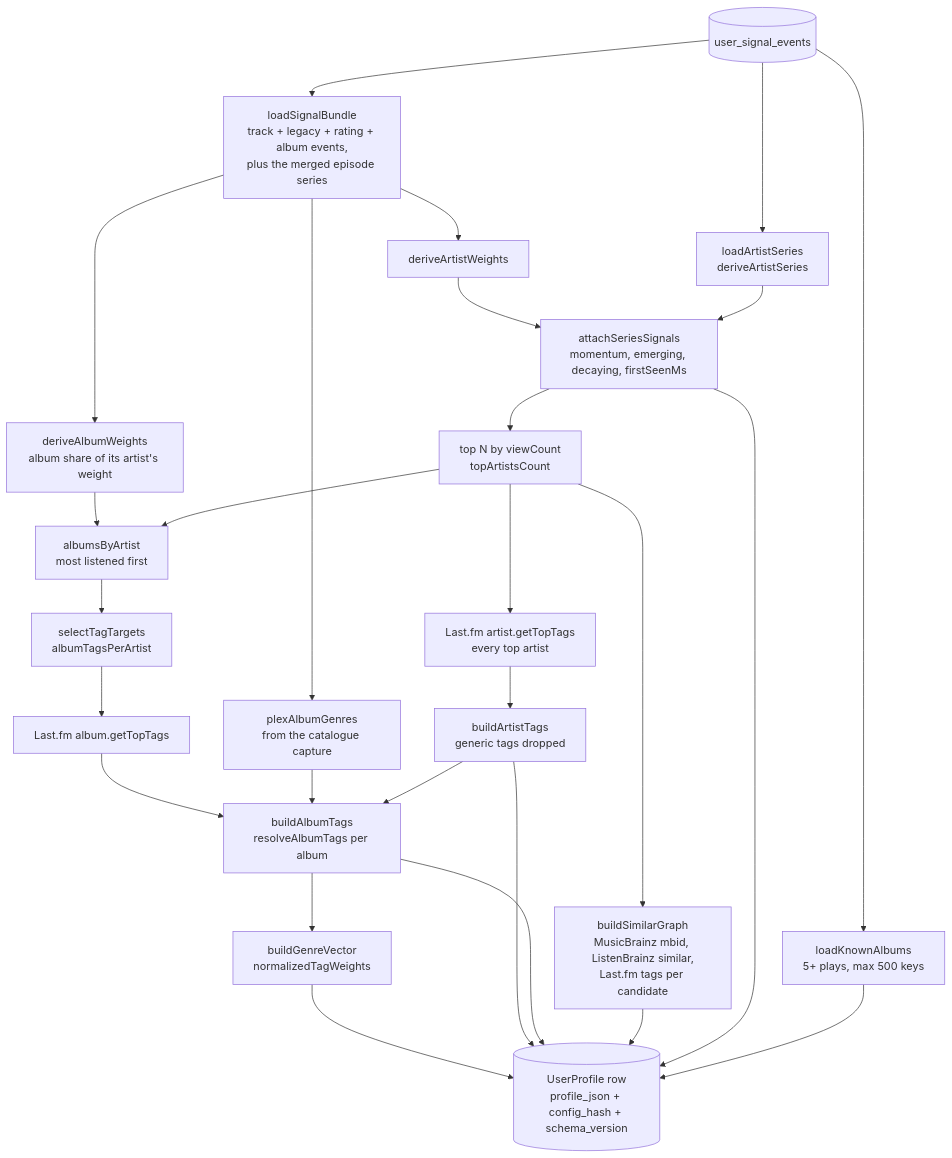
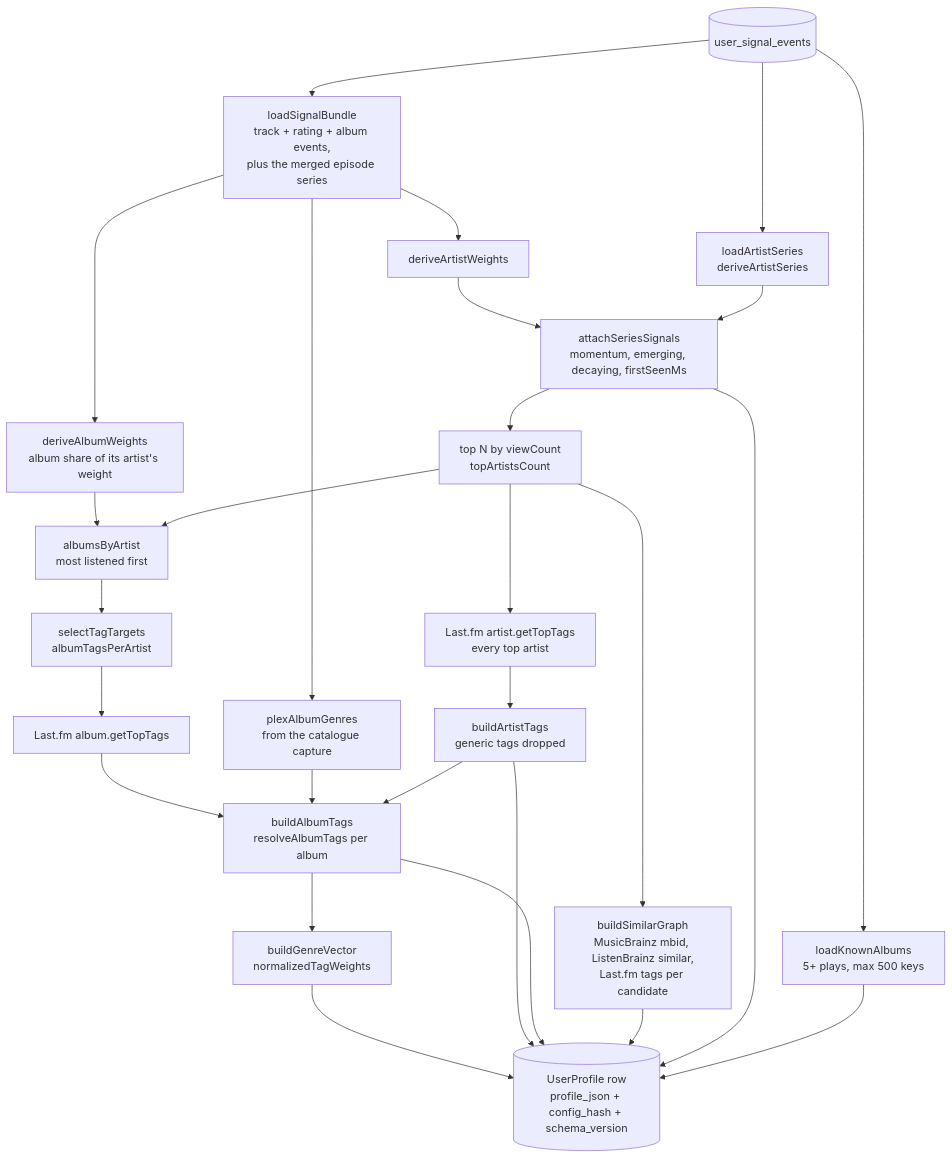
The first of 4 diagrams in docs/flows/profile-derivation.md (BlieNuckel/music-requester), drawn with Mermaid before and after one commit. The commit also changed 66 other files, not shown here.

First line of the commit message:
feat(recs): declare the recommender as a graph, and render the settings from it (#344)

````diff
--- a/docs/flows/profile-derivation.md
+++ b/docs/flows/profile-derivation.md
@@ -13,47 +13,47 @@
 ```mermaid
 flowchart TB
   ev[("user_signal_events")]
 
-  bundle["loadSignalBundle<br/>track + legacy + rating + album events,<br/>plus the merged episode series"]
+  bundle["loadSignalBundle<br/>track + rating + album events,<br/>plus the merged episode series"]
 
   weights["deriveArtistWeights"]
   series["loadArtistSeries<br/>deriveArtistSeries"]
   attach["attachSeriesSignals<br/>momentum, emerging, decaying, firstSeenMs"]
   top["top N by viewCount<br/>topArtistsCount"]
 
   lfArtist["Last.fm artist.getTopTags<br/>every top artist"]
   artistTags["buildArtistTags<br/>generic tags dropped"]
 
   albumW["deriveAlbumWeights<br/>album share of its artist's weight"]
   byArtist["albumsByArtist<br/>most listened first"]
   targets["selectTagTargets<br/>albumTagsPerArtist"]
   lfAlbum["Last.fm album.getTopTags"]
   plexGenres["plexAlbumGenres<br/>from the catalogue capture"]
   albumTags["buildAlbumTags<br/>resolveAlbumTags per album"]
   vector["buildGenreVector<br/>normalizedTagWeights"]
 
   simgraph["buildSimilarGraph<br/>MusicBrainz mbid, ListenBrainz similar,<br/>Last.fm tags per candidate"]
   known["loadKnownAlbums<br/>5+ plays, max 500 keys"]
 
   doc[("UserProfile row<br/>profile_json + config_hash + schema_version")]
 
   ev --> bundle
   bundle --> weights --> attach
   ev --> series --> attach
   attach --> top
   top --> lfArtist --> artistTags
   bundle --> albumW --> byArtist --> targets --> lfAlbum --> albumTags
   top --> byArtist
   bundle --> plexGenres --> albumTags
   artistTags --> albumTags
   albumTags --> vector
   top --> simgraph
   ev --> known
 
   vector --> doc
   artistTags --> doc
   albumTags --> doc
   simgraph --> doc
   attach --> doc
   known --> doc
 ```
````
